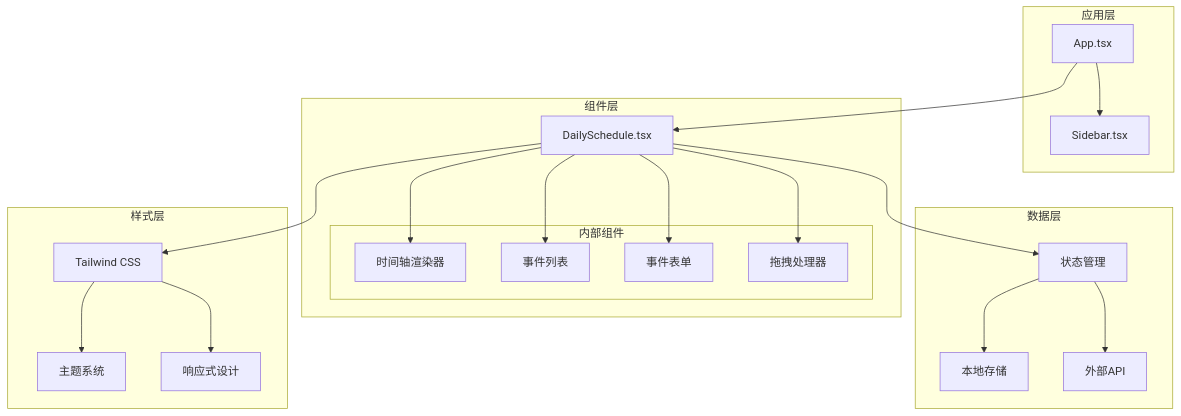
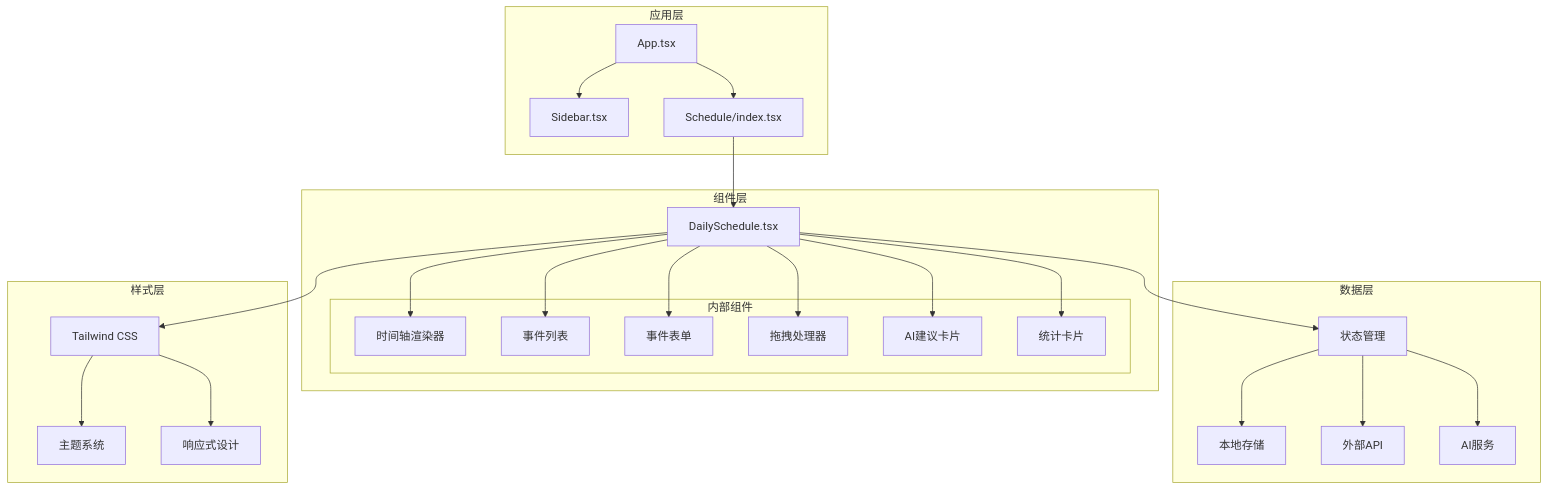
One commit to xianjianshenqu/SalesFlow-CRM changed the third of 12 diagrams in .qoder/repowiki/zh/content/API参考/DailySchedule 日程管理组件.md. Above: the diagram before and after it, drawn with Mermaid. The commit also changed other lines of this file and 15 other files, not shown here.

````diff
--- a/.qoder/repowiki/zh/content/API参考/DailySchedule 日程管理组件.md
+++ b/.qoder/repowiki/zh/content/API参考/DailySchedule 日程管理组件.md
@@ -175,38 +235,46 @@
 ```mermaid
 graph TB
 subgraph "应用层"
 App[App.tsx]
 Sidebar[Sidebar.tsx]
+SchedulePage[Schedule/index.tsx]
 end
 subgraph "组件层"
 DailySchedule[DailySchedule.tsx]
 subgraph "内部组件"
 Timeline[时间轴渲染器]
 EventList[事件列表]
 EventForm[事件表单]
 DragDrop[拖拽处理器]
+AICard[AI建议卡片]
+StatsCard[统计卡片]
 end
 end
 subgraph "数据层"
 State[状态管理]
 Storage[本地存储]
 API[外部API]
+AIService[AI服务]
 end
 subgraph "样式层"
 Tailwind[Tailwind CSS]
 Theme[主题系统]
 Responsive[响应式设计]
 end
 App --> Sidebar
-App --> DailySchedule
+App --> SchedulePage
+SchedulePage --> DailySchedule
 DailySchedule --> Timeline
 DailySchedule --> EventList
 DailySchedule --> EventForm
 DailySchedule --> DragDrop
+DailySchedule --> AICard
+DailySchedule --> StatsCard
 DailySchedule --> State
 State --> Storage
 State --> API
+State --> AIService
 DailySchedule --> Tailwind
 Tailwind --> Theme
 Tailwind --> Responsive
 ```
````
